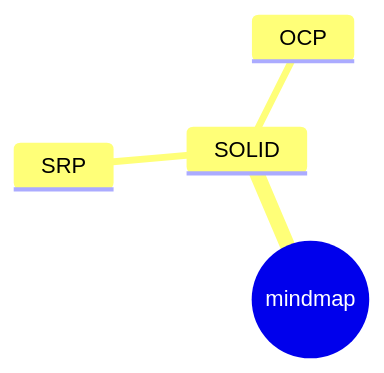
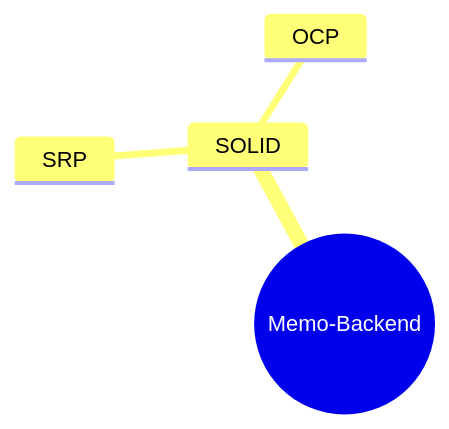
The diagram in pages/mapamental.md (urrestarazu-alejandro/memo-backend), drawn with Mermaid before and after one commit.

Commit message:
titulo de la raiz mapa mental

````diff
--- a/pages/mapamental.md
+++ b/pages/mapamental.md
@@ -10,8 +10,8 @@
 ```mermaid
 mindmap
-  root((mindmap))
+  root((Memo-Backend))
     SOLID
     ::icon(fas fa-yin-yang)
         SRP
         OCP
 ```  
````
